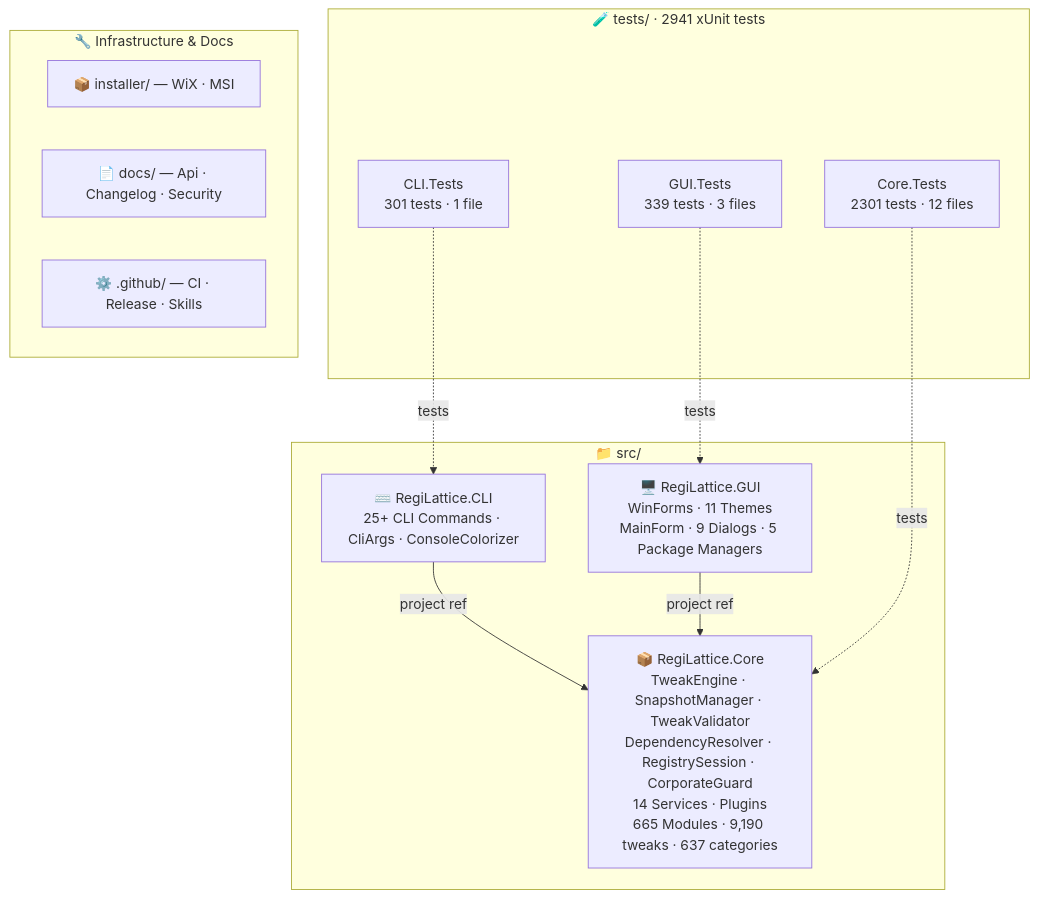
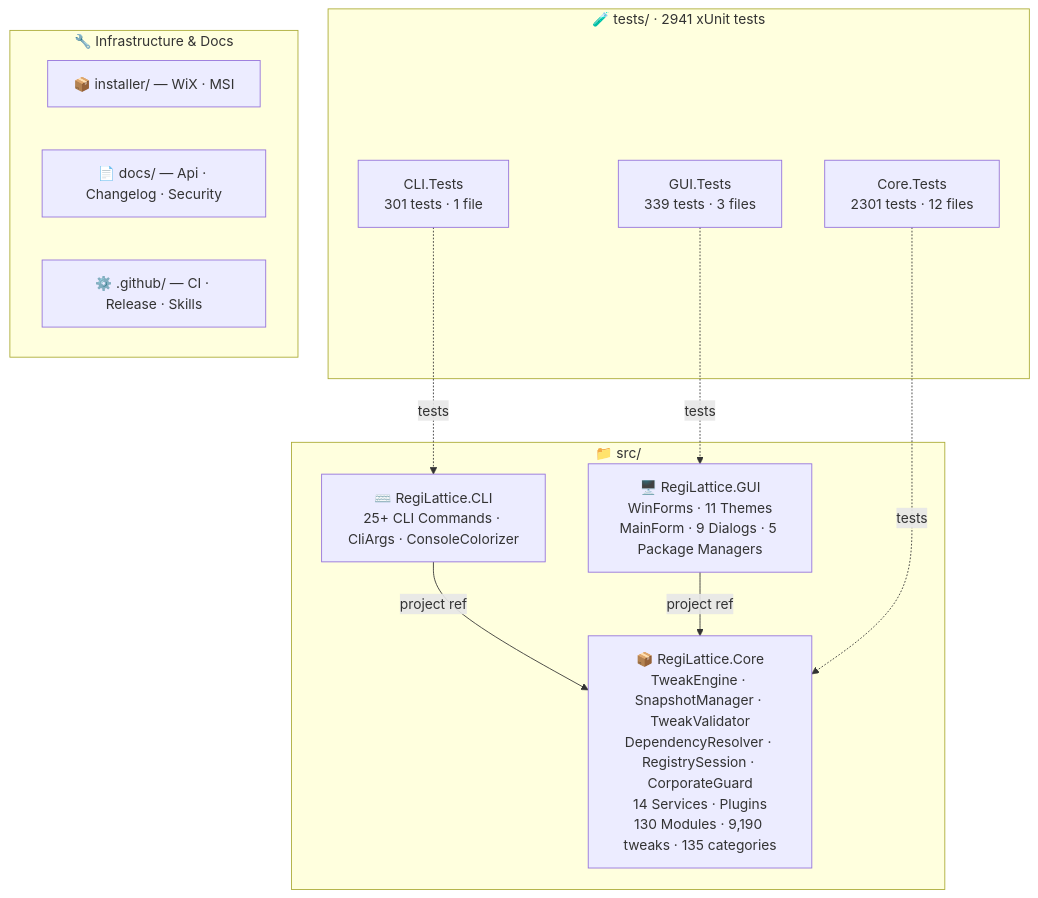
Before and after one commit to RajwanYair/RegiLattice: the second of 2 diagrams in README.md, drawn with Mermaid. The commit also changed other lines of this file and 592 other files, not shown here.

First line of the commit message:
refactor(tweaks): consolidate 552 policy modules into 24 domain files using nested classes

````diff
--- a/README.md
+++ b/README.md
@@ -255,26 +255,26 @@
 ```mermaid
 graph TD
     subgraph SRC["📁 src/"]
-        CORE["📦 RegiLattice.Core<br/>TweakEngine · SnapshotManager · TweakValidator<br/>DependencyResolver · RegistrySession · CorporateGuard<br/>14 Services · Plugins<br/>665 Modules · 9,190 tweaks · 637 categories"]
+        CORE["📦 RegiLattice.Core<br/>TweakEngine · SnapshotManager · TweakValidator<br/>DependencyResolver · RegistrySession · CorporateGuard<br/>14 Services · Plugins<br/>130 Modules · 9,190 tweaks · 135 categories"]
         GUI["🖥️ RegiLattice.GUI<br/>WinForms · 11 Themes<br/>MainForm · 9 Dialogs · 5 Package Managers"]
         CLI["⌨️ RegiLattice.CLI<br/>25+ CLI Commands · CliArgs · ConsoleColorizer"]
     end
 
     subgraph TST["🧪 tests/  ·  2941 xUnit tests"]
         CT["Core.Tests<br/>2301 tests · 12 files"]
         CLT["CLI.Tests<br/>301 tests · 1 file"]
         GT["GUI.Tests<br/>339 tests · 3 files"]
     end
 
     subgraph INFRA["🔧 Infrastructure & Docs"]
         INST["📦 installer/ — WiX · MSI"]
         DOCS["📄 docs/ — Api · Changelog · Security"]
         GH["⚙️ .github/ — CI · Release · Skills"]
     end
 
     CLI -->|project ref| CORE
     GUI -->|project ref| CORE
     CT -.->|tests| CORE
     CLT -.->|tests| CLI
     GT -.->|tests| GUI
 ```
````
